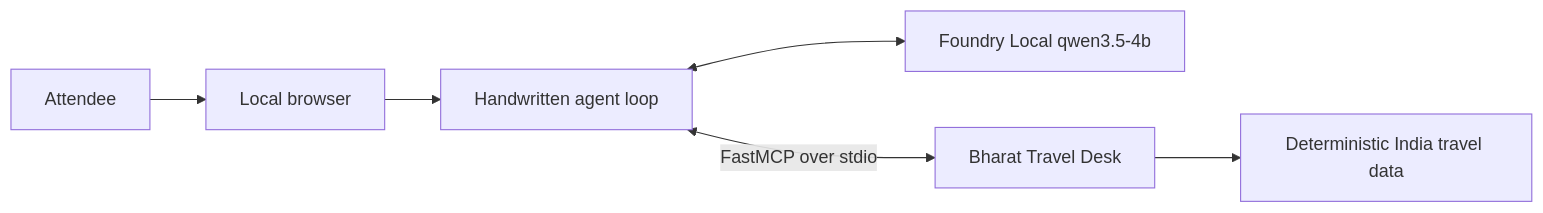
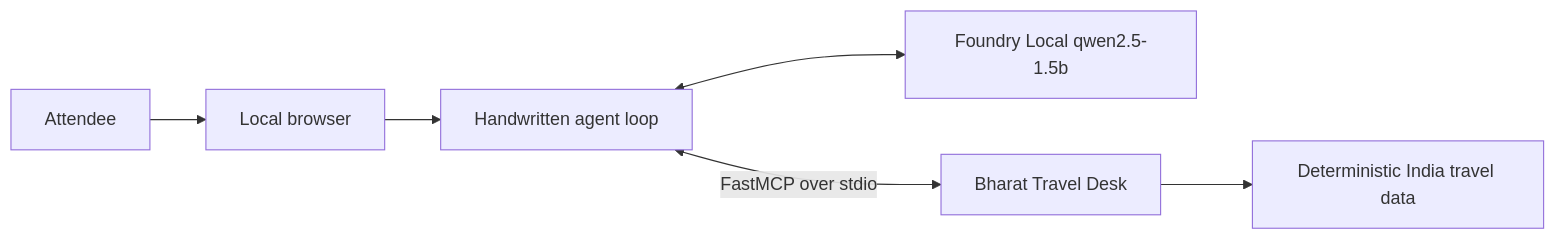
The diagram in README.md (GlobalAICommunity/mcp-fl-workshop), drawn with Mermaid before and after one commit. The commit also changed other lines of this file and 24 other files, not shown here.

````diff
--- a/README.md
+++ b/README.md
@@ -62,8 +62,8 @@
 ```mermaid
 flowchart LR
     U[Attendee] --> B[Local browser]
     B --> A[Handwritten agent loop]
-    A <--> F[Foundry Local qwen3.5-4b]
+    A <--> F[Foundry Local qwen2.5-1.5b]
     A <-->|FastMCP over stdio| S[Bharat Travel Desk]
     S --> D[Deterministic India travel data]
 ```
````
